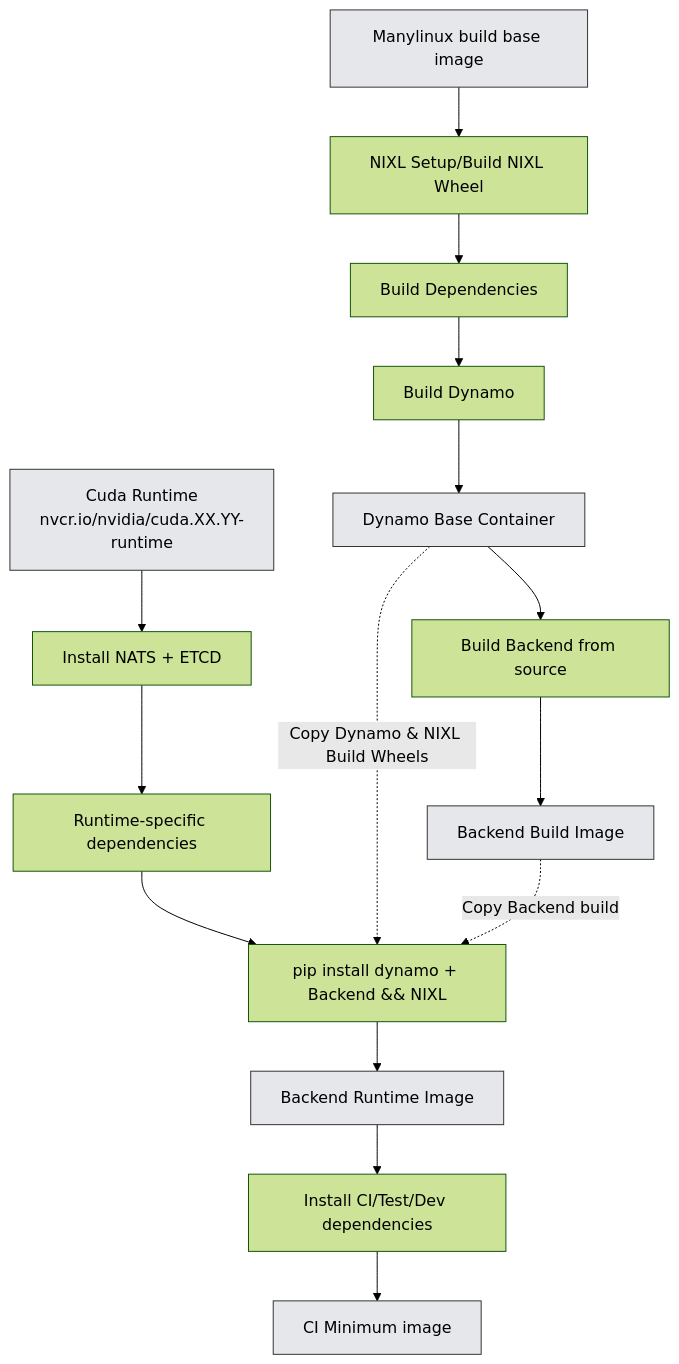
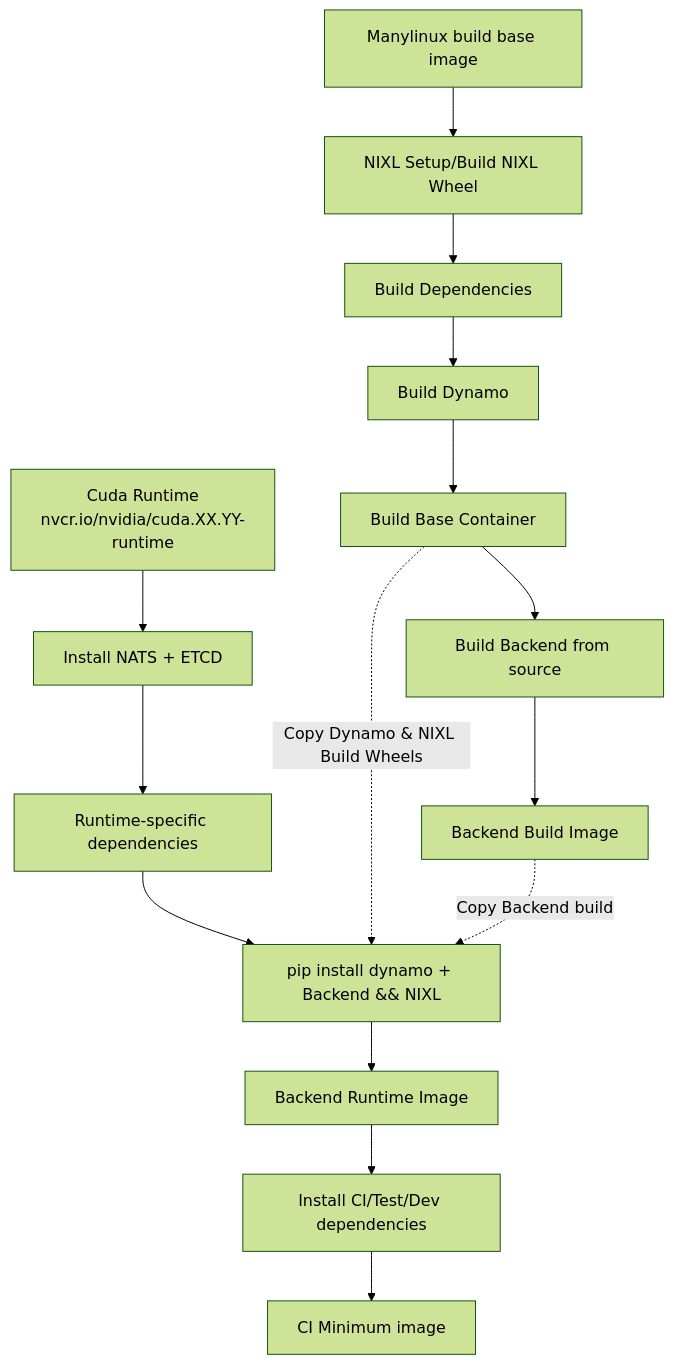
The diagram in deps/NNNN-container-strategy.md (ai-dynamo/enhancements), drawn with Mermaid (forest theme) before and after one commit. The commit also changed other lines of this file, not shown here.

````diff
--- a/deps/NNNN-container-strategy.md
+++ b/deps/NNNN-container-strategy.md
@@ -120,40 +129,40 @@
 ```mermaid
 flowchart TD
-    A[Manylinux build base image]:::gray
+    A[Manylinux build base image]
     B[NIXL Setup/Build NIXL Wheel]
     C[Build Dependencies]
     D[Build Dynamo]
-    E[Dynamo Base Container]:::gray
+    E[Build Base Container]
     F[Build Backend from source]
-    G[Backend Build Image]:::gray
-    J[Cuda Runtime<br/>nvcr.io/nvidia/cuda.XX.YY-runtime]:::gray
+    G[Backend Build Image]
+    J[Cuda Runtime<br/>nvcr.io/nvidia/cuda.XX.YY-runtime]
     K[Install NATS + ETCD]
     L[Runtime-specific dependencies]
     M[pip install dynamo + Backend && NIXL]
-    N[Backend Runtime Image]:::gray
+    N[Backend Runtime Image]
     O[Install CI/Test/Dev dependencies]
-    P[CI Minimum image]:::gray
+    P[CI Minimum image]
 
     %% Main build flow (left)
     A --> B
     B --> C
     C --> D
     D --> E
     E --> F
     F --> G
 
     %% Runtime flow (right)
     J --> K
     K --> L
     L --> M
     M --> N
     N --> O
     O --> P
 
     %% Cross-links with text
     E -.->|Copy Dynamo & NIXL Build Wheels| M
     G -.->|Copy Backend build| M
 
     %% Styling
     classDef gray fill:#e5e7eb,stroke:#333,stroke-width:1px;
 ```
````
